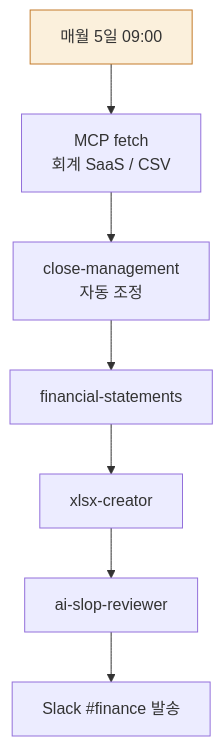
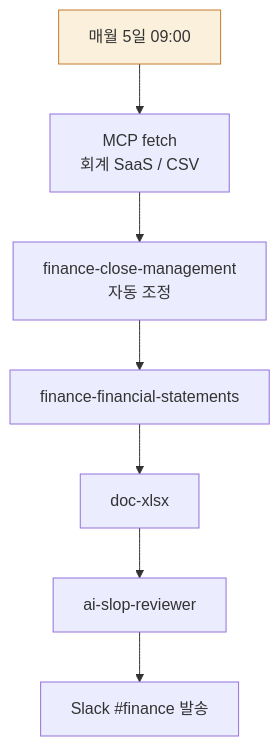
The second of 2 diagrams in www/content/cookbook/tracks/track-finance.md (modu-ai/cowork-plugins), drawn with Mermaid before and after one commit. The commit also changed other lines of this file and 45 other files, not shown here.

First line of the commit message:
docs(www): 스킬명 정합 + 깨진 링크 수정 + mermaid 보강

````diff
--- a/www/content/cookbook/tracks/track-finance.md
+++ b/www/content/cookbook/tracks/track-finance.md
@@ -144,10 +144,10 @@
 ```mermaid
 flowchart TD
    Cron["매월 5일 09:00"] --> Fetch["MCP fetch<br/>회계 SaaS / CSV"]
-   Fetch --> Close["close-management<br/>자동 조정"]
-   Close --> Stmt["financial-statements"]
-   Stmt --> Xlsx["xlsx-creator"]
+   Fetch --> Close["finance-close-management<br/>자동 조정"]
+   Close --> Stmt["finance-financial-statements"]
+   Stmt --> Xlsx["doc-xlsx"]
    Xlsx --> Slop["ai-slop-reviewer"]
    Slop --> Send["Slack #finance 발송"]
    style Cron fill:#fbf0dc,stroke:#c47b2a
 ```
````
